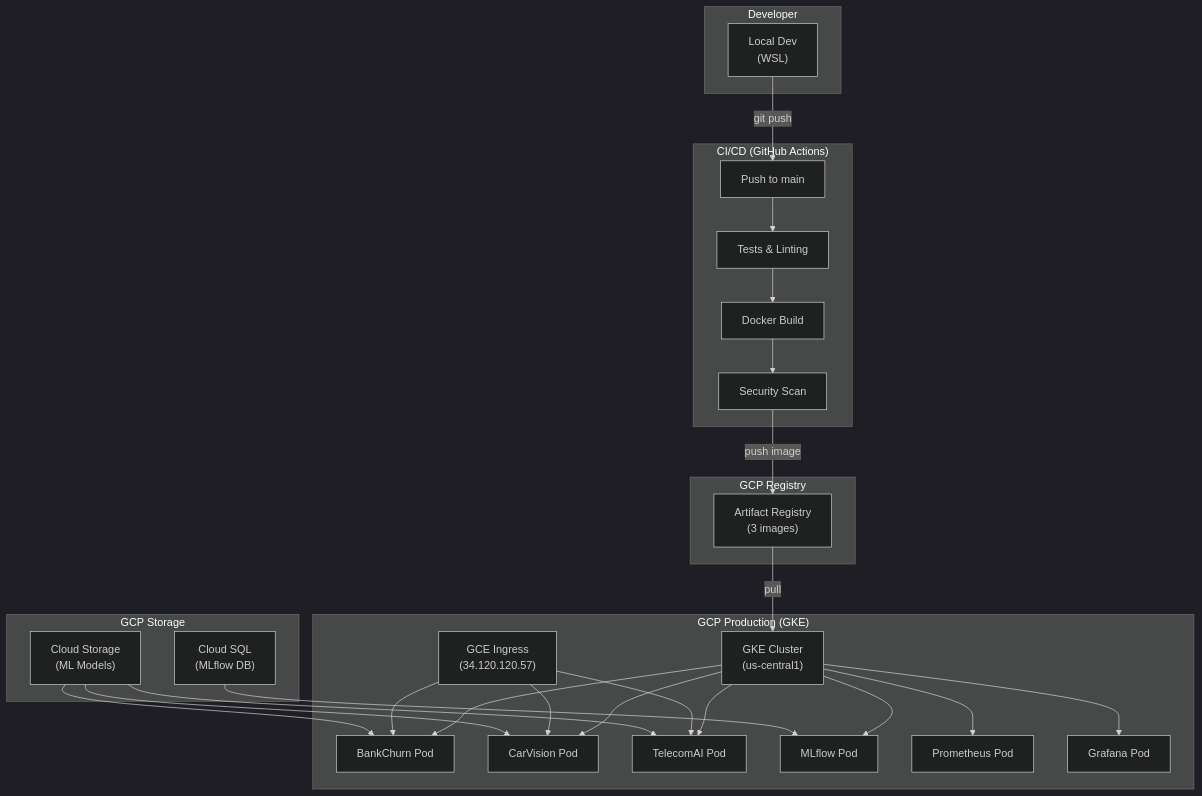
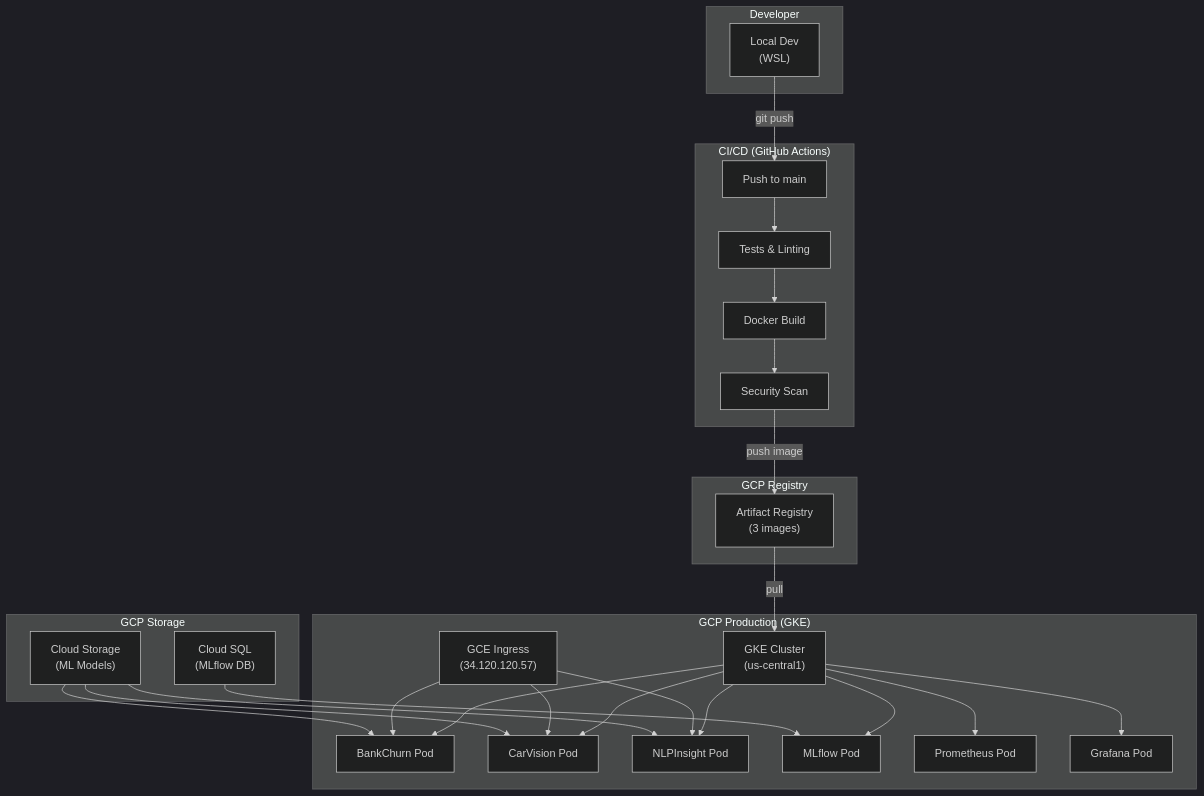
The fifth of 6 diagrams in docs/architecture/overview.md (DuqueOM/ML-MLOps-Portfolio), drawn with Mermaid (dark theme) before and after one commit. The commit also changed other lines of this file and 20 other files, not shown here.

First line of the commit message:
docs: rename TelecomAI → NLPInsight across all documentation

````diff
--- a/docs/architecture/overview.md
+++ b/docs/architecture/overview.md
@@ -210,53 +210,53 @@
 ```mermaid
 graph TB
     subgraph "Developer"
         DEV["Local Dev<br/>(WSL)"]
     end
 
     subgraph "CI/CD (GitHub Actions)"
         GH["Push to main"]
         TEST["Tests & Linting"]
         BUILD["Docker Build"]
         SCAN["Security Scan"]
     end
 
     subgraph "GCP Registry"
         AR["Artifact Registry<br/>(3 images)"]
     end
 
     subgraph "GCP Production (GKE)"
         K8S["GKE Cluster<br/>(us-central1)"]
         BC["BankChurn Pod"]
         CV["CarVision Pod"]
-        TC["TelecomAI Pod"]
+        TC["NLPInsight Pod"]
         MLF["MLflow Pod"]
         PROM["Prometheus Pod"]
         GRAF["Grafana Pod"]
         ING["GCE Ingress<br/>(34.120.120.57)"]
     end
 
     subgraph "GCP Storage"
         GCS["Cloud Storage<br/>(ML Models)"]
         SQL["Cloud SQL<br/>(MLflow DB)"]
     end
 
     DEV -->|git push| GH
     GH --> TEST
     TEST --> BUILD
     BUILD --> SCAN
     SCAN -->|push image| AR
     AR -->|pull| K8S
     K8S --> BC
     K8S --> CV
     K8S --> TC
     K8S --> MLF
     K8S --> PROM
     K8S --> GRAF
     ING --> BC
     ING --> CV
     ING --> TC
     GCS --> BC
     GCS --> CV
     GCS --> TC
     SQL --> MLF
 ```
````
